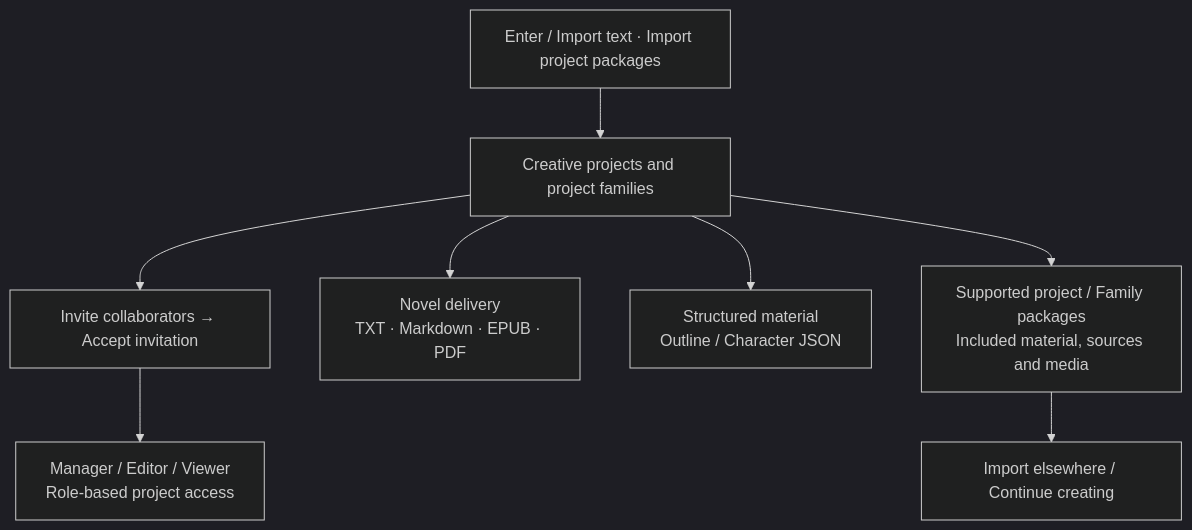
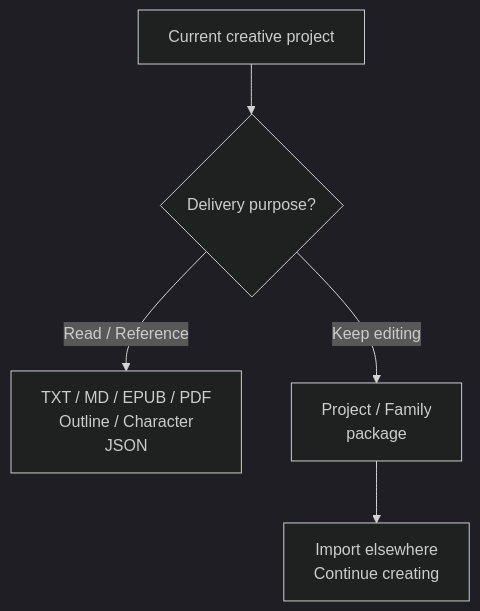
Diagram 15 of 18 in README.en.md (GTJasonMK/A4N), drawn with Mermaid (dark theme) before and after one commit. The commit also changed other lines of this file and 2 other files, not shown here.

First line of the commit message:
docs: fix README diagram flows and mobile readability

````diff
--- a/README.en.md
+++ b/README.en.md
@@ -245,12 +265,9 @@
 ```mermaid
 flowchart TB
-  accTitle: Project collaboration and delivery
-  accDescr: Existing text and project packages enter creative projects. Invited collaborators access them according to roles. Exports provide reading formats or supported editable project and media packages.
-  imported["Enter / Import text · Import project packages"] --> project["Creative projects and project families"]
-  project --> invite["Invite collaborators → Accept invitation"]
-  invite --> roles["Manager / Editor / Viewer<br/>Role-based project access"]
-  project --> text["Novel delivery<br/>TXT · Markdown · EPUB · PDF"]
-  project --> records["Structured material<br/>Outline / Character JSON"]
-  project --> package["Supported project / Family packages<br/>Included material, sources and media"]
-  package --> transfer["Import elsewhere / Continue creating"]
+  accTitle: Reading files and editable project transfers
+  accDescr: A project can export reading files or structured material, or a supported editable project package. Only the package path means importing elsewhere to continue editing. Reading formats are not complete project backups.
+  project["Current creative project"] --> purpose{"Delivery purpose?"}
+  purpose -->|Read / Reference| documents["TXT / MD / EPUB / PDF<br/>Outline / Character<br/>JSON"]
+  purpose -->|Keep editing| package["Project / Family<br/>package"]
+  package --> transfer["Import elsewhere<br/>Continue creating"]
 ```
````
